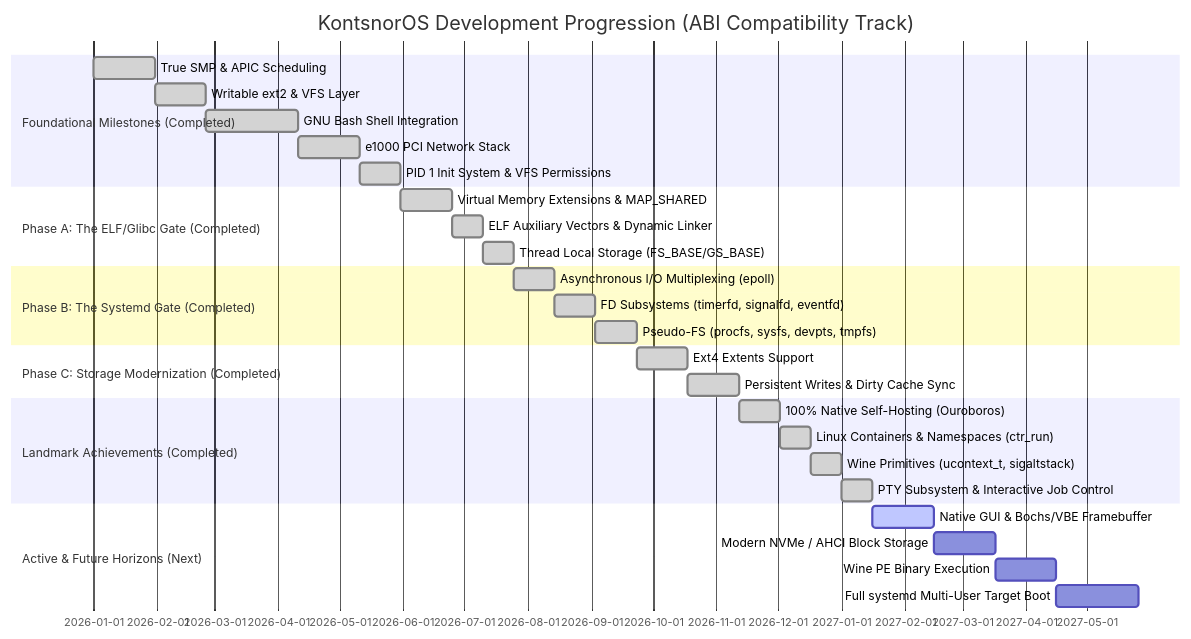
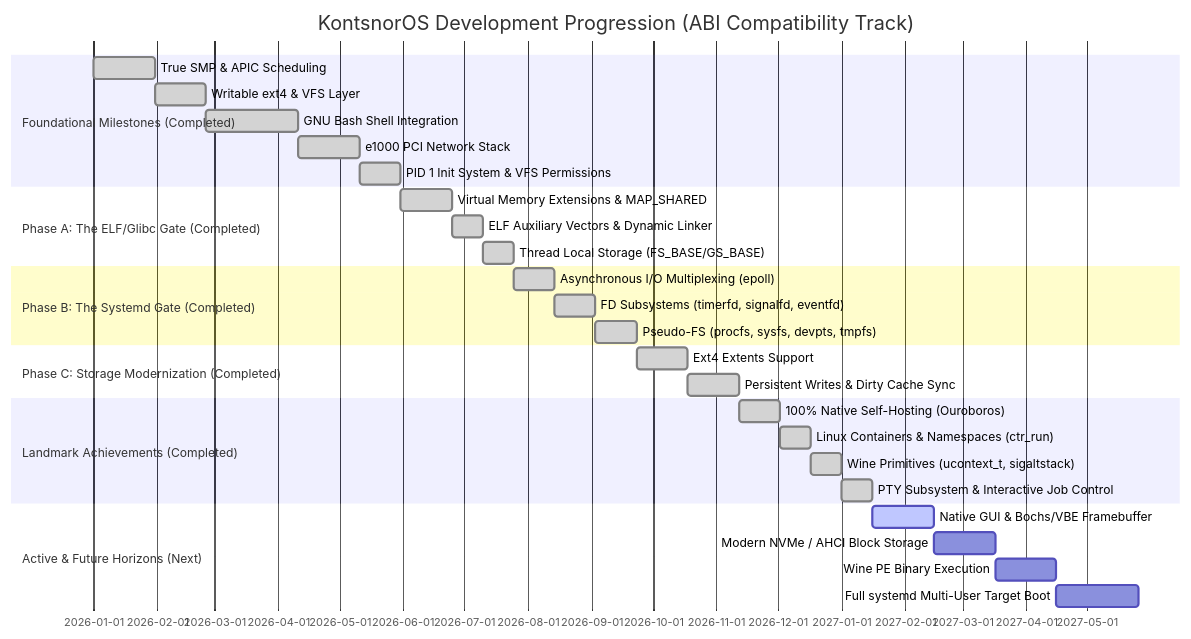
Before and after one commit to Kontsnor/KontsnorOS: the first of 6 diagrams in docs/roadmap.md, drawn with Mermaid. The commit also changed other lines of this file and 27 other files, not shown here.

````diff
--- a/docs/roadmap.md
+++ b/docs/roadmap.md
@@ -11,32 +11,32 @@
 ```mermaid
 gantt
     title KontsnorOS Development Progression (ABI Compatibility Track)
     dateFormat  YYYY-MM-DD
     section Foundational Milestones (Completed)
     True SMP & APIC Scheduling           :done, f1, 2026-01-01, 30d
-    Writable ext2 & VFS Layer            :done, f2, after f1, 25d
+    Writable ext4 & VFS Layer            :done, f2, after f1, 25d
     GNU Bash Shell Integration           :done, f3, after f2, 45d
     e1000 PCI Network Stack              :done, f4, after f3, 30d
     PID 1 Init System & VFS Permissions  :done, f5, after f4, 20d
     section Phase A: The ELF/Glibc Gate (Completed)
     Virtual Memory Extensions & MAP_SHARED:done, a1, after f5, 25d
     ELF Auxiliary Vectors & Dynamic Linker:done, a2, after a1, 15d
     Thread Local Storage (FS_BASE/GS_BASE):done, a3, after a2, 15d
     section Phase B: The Systemd Gate (Completed)
     Asynchronous I/O Multiplexing (epoll):done, b1, after a3, 20d
     FD Subsystems (timerfd, signalfd, eventfd):done, b2, after b1, 20d
     Pseudo-FS (procfs, sysfs, devpts, tmpfs):done, b3, after b2, 20d
     section Phase C: Storage Modernization (Completed)
     Ext4 Extents Support                 :done, c1, after b3, 25d
     Persistent Writes & Dirty Cache Sync :done, c2, after c1, 25d
     section Landmark Achievements (Completed)
     100% Native Self-Hosting (Ouroboros) :done, l1, after c2, 20d
     Linux Containers & Namespaces (ctr_run):done, l2, after l1, 15d
     Wine Primitives (ucontext_t, sigaltstack):done, l3, after l2, 15d
     PTY Subsystem & Interactive Job Control:done, l4, after l3, 15d
     section Active & Future Horizons (Next)
     Native GUI & Bochs/VBE Framebuffer   :active, d1, after l4, 30d
     Modern NVMe / AHCI Block Storage     :d2, after d1, 30d
     Wine PE Binary Execution             :d3, after d2, 30d
     Full systemd Multi-User Target Boot  :d4, after d3, 40d
 ```
````
